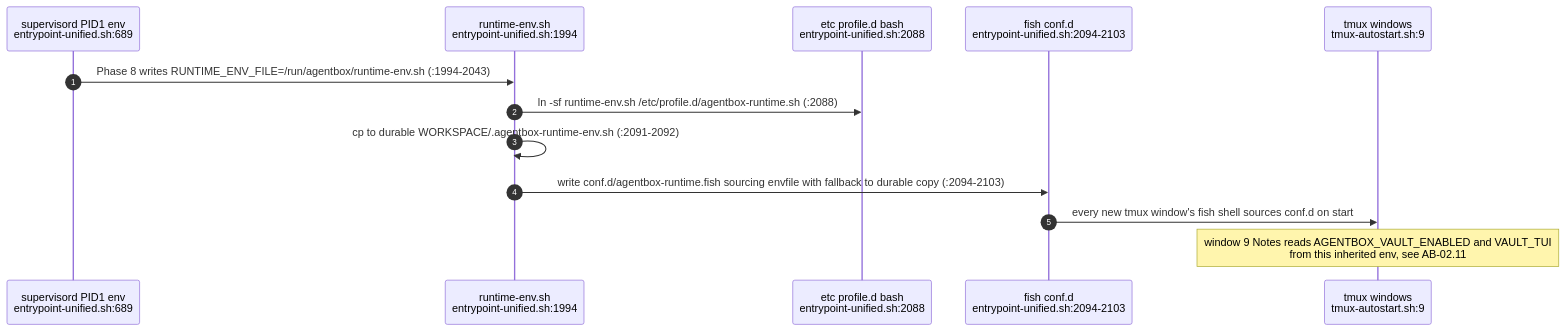
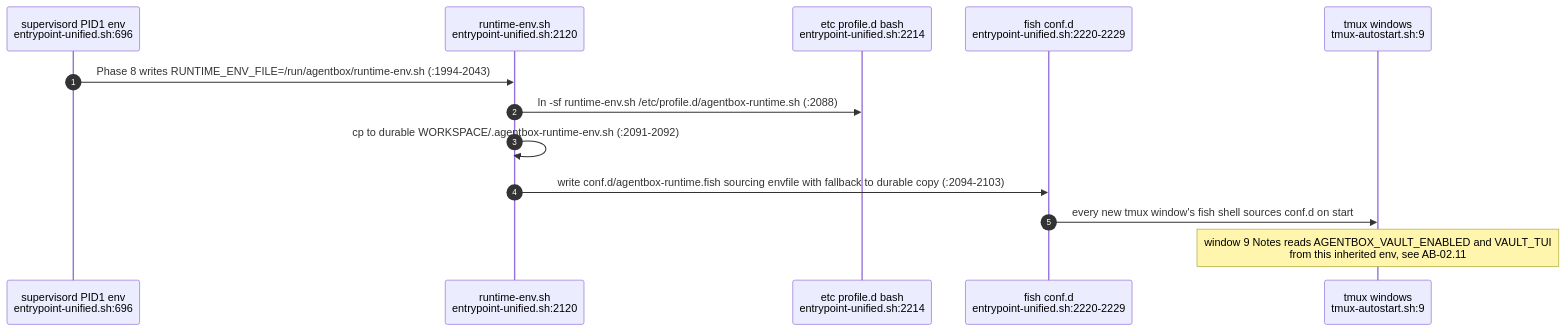
One commit to DreamLab-AI/AR-AI-Knowledge-Graph changed diagram 15 of 18 in docs/diagrams/agentbox/02-boot-sequence-and-readiness.md. Above: the diagram before and after it, drawn with Mermaid. The commit also changed other lines of this file and 73 other files, not shown here.

First line of the commit message:
docs(diagrams): re-verify all 71 topic files against HEAD; add --cite-check

````diff
--- a/docs/diagrams/agentbox/02-boot-sequence-and-readiness.md
+++ b/docs/diagrams/agentbox/02-boot-sequence-and-readiness.md
@@ -505,16 +505,16 @@
 ```mermaid
 sequenceDiagram
     autonumber
-    participant PID1 as supervisord PID1 env<br/>entrypoint-unified.sh:689
-    participant RT as runtime-env.sh<br/>entrypoint-unified.sh:1994
-    participant BASH as etc profile.d bash<br/>entrypoint-unified.sh:2088
-    participant FISH as fish conf.d<br/>entrypoint-unified.sh:2094-2103
+    participant PID1 as supervisord PID1 env<br/>entrypoint-unified.sh:696
+    participant RT as runtime-env.sh<br/>entrypoint-unified.sh:2120
+    participant BASH as etc profile.d bash<br/>entrypoint-unified.sh:2214
+    participant FISH as fish conf.d<br/>entrypoint-unified.sh:2220-2229
     participant TMUX as tmux windows<br/>tmux-autostart.sh:9
 
     PID1->>RT: Phase 8 writes RUNTIME_ENV_FILE=/run/agentbox/runtime-env.sh (:1994-2043)
     RT->>BASH: ln -sf runtime-env.sh /etc/profile.d/agentbox-runtime.sh (:2088)
     RT->>RT: cp to durable WORKSPACE/.agentbox-runtime-env.sh (:2091-2092)
     RT->>FISH: write conf.d/agentbox-runtime.fish sourcing envfile with fallback to durable copy (:2094-2103)
     FISH->>TMUX: every new tmux window's fish shell sources conf.d on start
     Note over TMUX: window 9 Notes reads AGENTBOX_VAULT_ENABLED and VAULT_TUI<br/>from this inherited env, see AB-02.11
 ```
````
